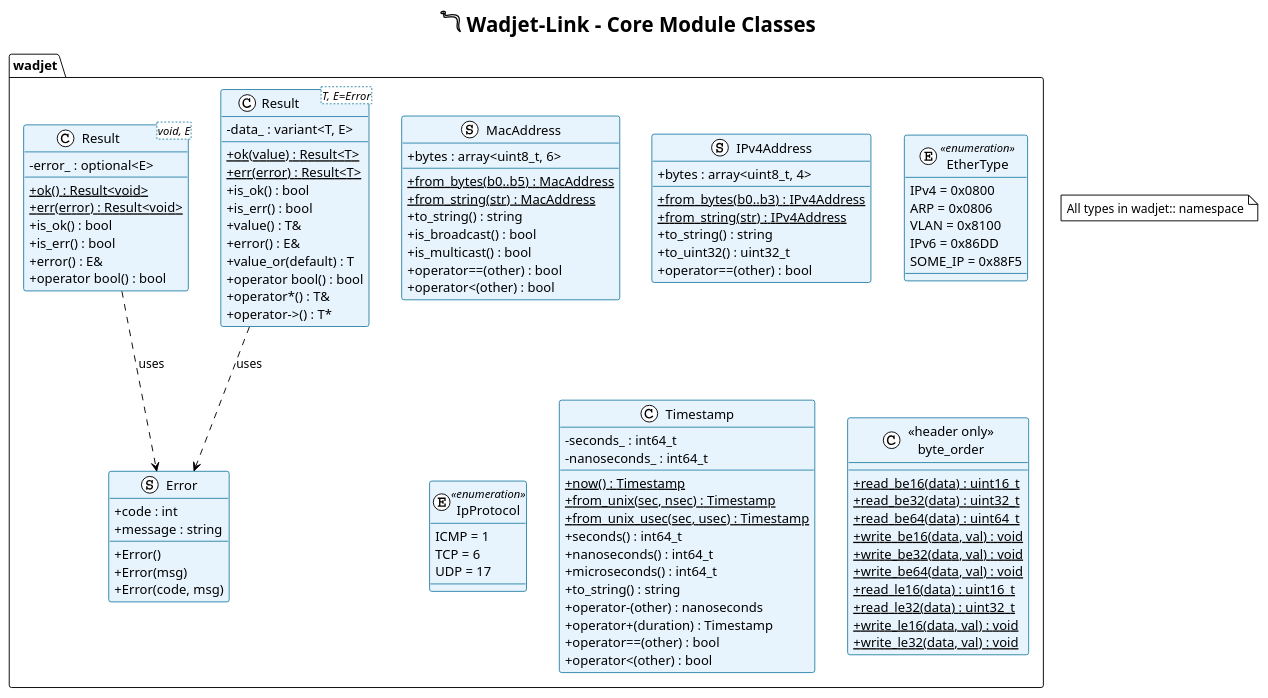
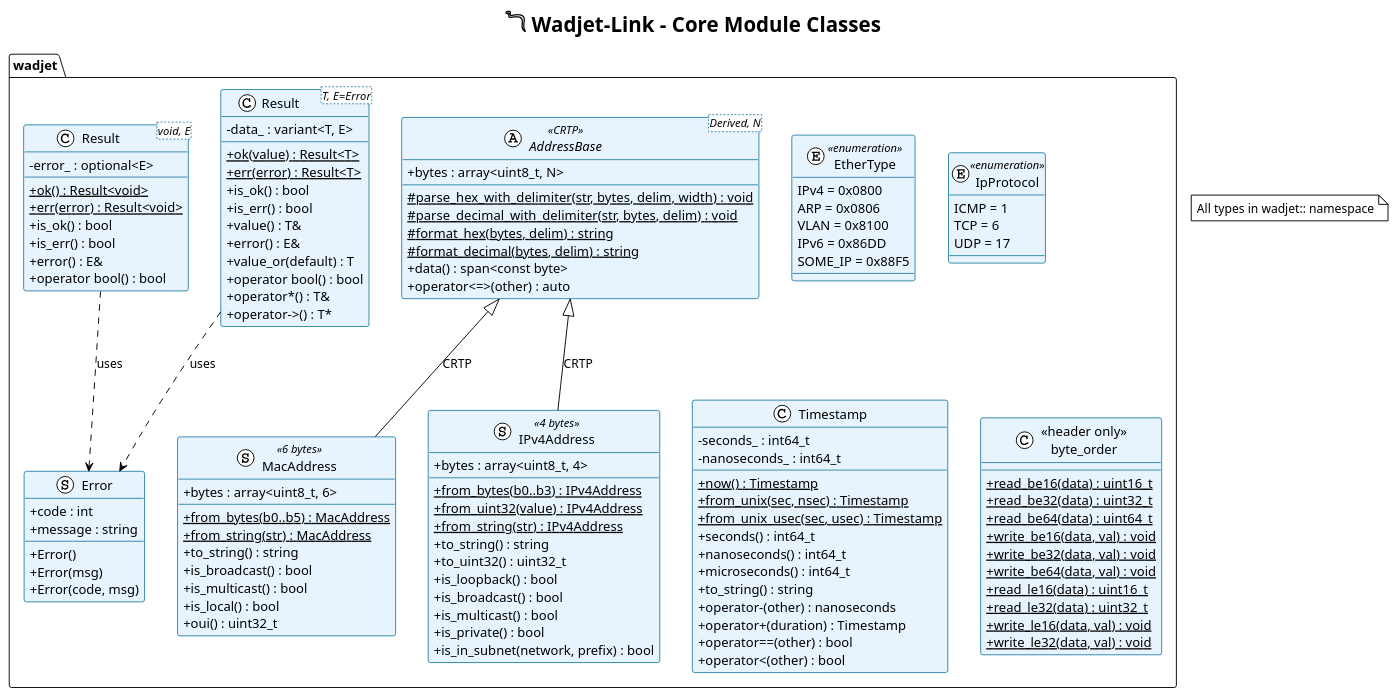
Before and after one commit to mm0rsy/Wadjet-Link: the diagram in architecture/modules/core_classes.puml, drawn with PlantUML. The commit also changed 12 other files, not shown here.

```diff
--- a/architecture/modules/core_classes.puml
+++ b/architecture/modules/core_classes.puml
@@ -1,121 +1,140 @@
 @startuml core_classes
 !theme plain
 title 𓆓 Wadjet-Link - Core Module Classes
 
 skinparam backgroundColor white
 skinparam classAttributeIconSize 0
 skinparam class {
     BackgroundColor #E8F4FD
     BorderColor #2E86AB
 }
 
 namespace wadjet {
 
-    struct MacAddress {
+    abstract class "AddressBase<Derived, N>" as AddressBase <<CRTP>> {
+        + bytes : array<uint8_t, N>
+        --
+        # {static} parse_hex_with_delimiter(str, bytes, delim, width) : void
+        # {static} parse_decimal_with_delimiter(str, bytes, delim) : void
+        # {static} format_hex(bytes, delim) : string
+        # {static} format_decimal(bytes, delim) : string
+        + data() : span<const byte>
+        + operator<=>(other) : auto
+    }
+
+    struct MacAddress <<6 bytes>> {
         + bytes : array<uint8_t, 6>
         --
         + {static} from_bytes(b0..b5) : MacAddress
         + {static} from_string(str) : MacAddress
         + to_string() : string
         + is_broadcast() : bool
         + is_multicast() : bool
-        + operator==(other) : bool
-        + operator<(other) : bool
+        + is_local() : bool
+        + oui() : uint32_t
     }
 
-    struct IPv4Address {
+    struct IPv4Address <<4 bytes>> {
         + bytes : array<uint8_t, 4>
         --
         + {static} from_bytes(b0..b3) : IPv4Address
+        + {static} from_uint32(value) : IPv4Address
         + {static} from_string(str) : IPv4Address
         + to_string() : string
         + to_uint32() : uint32_t
-        + operator==(other) : bool
+        + is_loopback() : bool
+        + is_broadcast() : bool
+        + is_multicast() : bool
+        + is_private() : bool
+        + is_in_subnet(network, prefix) : bool
     }
+
+    AddressBase <|-- MacAddress : CRTP
+    AddressBase <|-- IPv4Address : CRTP
 
     enum EtherType <<enumeration>> {
         IPv4 = 0x0800
         ARP = 0x0806
         VLAN = 0x8100
         IPv6 = 0x86DD
         SOME_IP = 0x88F5
     }
 
     enum IpProtocol <<enumeration>> {
         ICMP = 1
         TCP = 6
         UDP = 17
     }
 
     struct Error {
         + code : int
         + message : string
         --
         + Error()
         + Error(msg)
         + Error(code, msg)
     }
 
     class "Result<T, E=Error>" as Result {
         - data_ : variant<T, E>
         --
         + {static} ok(value) : Result<T>
         + {static} err(error) : Result<T>
         + is_ok() : bool
         + is_err() : bool
         + value() : T&
         + error() : E&
         + value_or(default) : T
         + operator bool() : bool
         + operator*() : T&
         + operator->() : T*
     }
 
     class "Result<void, E>" as ResultVoid {
         - error_ : optional<E>
         --
         + {static} ok() : Result<void>
         + {static} err(error) : Result<void>
         + is_ok() : bool
         + is_err() : bool
         + error() : E&
         + operator bool() : bool
     }
 
     class Timestamp {
         - seconds_ : int64_t
         - nanoseconds_ : int64_t
         --
         + {static} now() : Timestamp
         + {static} from_unix(sec, nsec) : Timestamp
         + {static} from_unix_usec(sec, usec) : Timestamp
         + seconds() : int64_t
         + nanoseconds() : int64_t
         + microseconds() : int64_t
         + to_string() : string
         + operator-(other) : nanoseconds
         + operator+(duration) : Timestamp
         + operator==(other) : bool
         + operator<(other) : bool
     }
 
     class "<<header only>>\nbyte_order" as ByteOrder {
         + {static} read_be16(data) : uint16_t
         + {static} read_be32(data) : uint32_t
         + {static} read_be64(data) : uint64_t
         + {static} write_be16(data, val) : void
         + {static} write_be32(data, val) : void
         + {static} write_be64(data, val) : void
         + {static} read_le16(data) : uint16_t
         + {static} read_le32(data) : uint32_t
         + {static} write_le16(data, val) : void
         + {static} write_le32(data, val) : void
     }
 
     Result ..> Error : uses
     ResultVoid ..> Error : uses
 }
 
 note "All types in wadjet:: namespace" as N1
 
 @enduml
```
